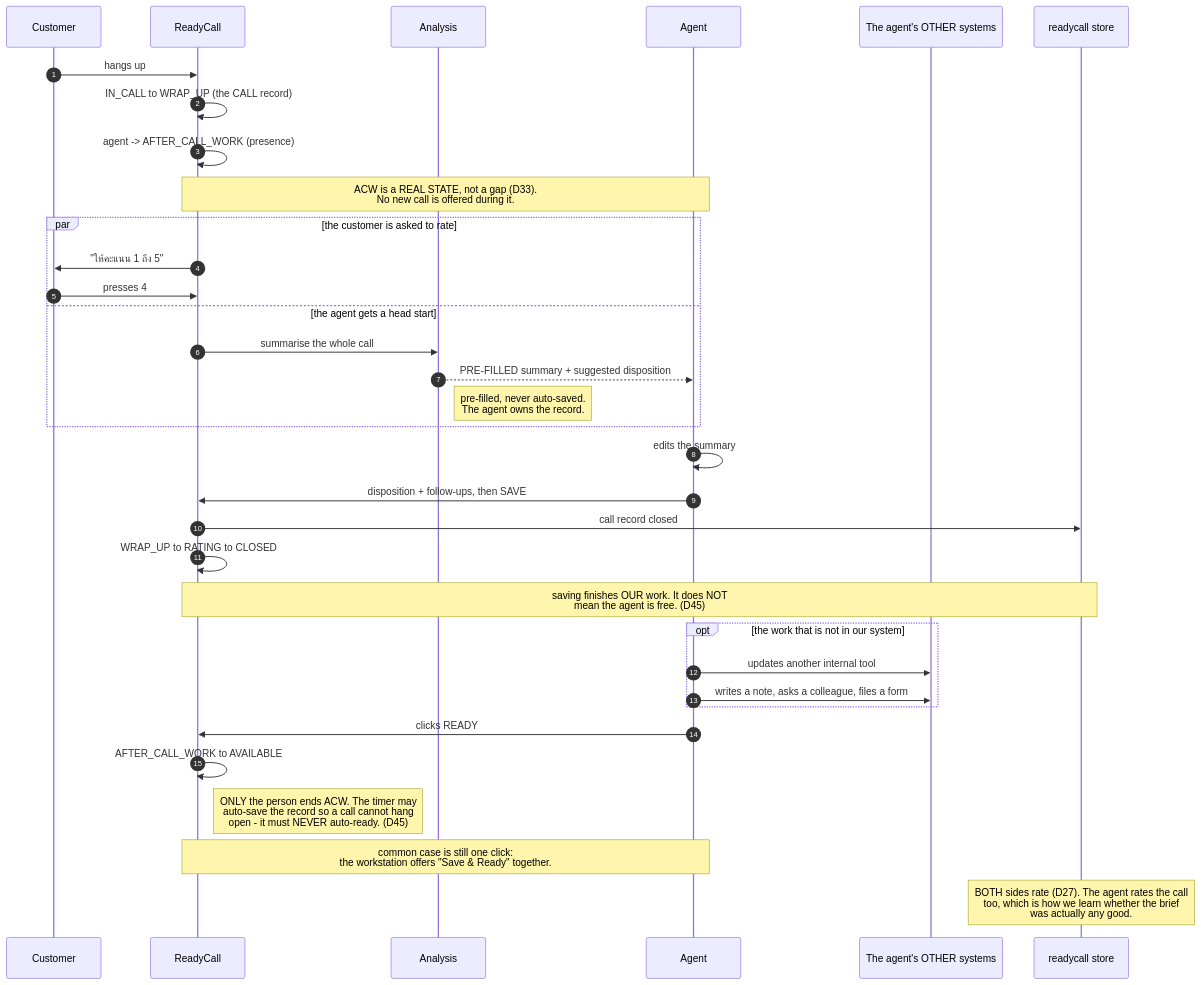
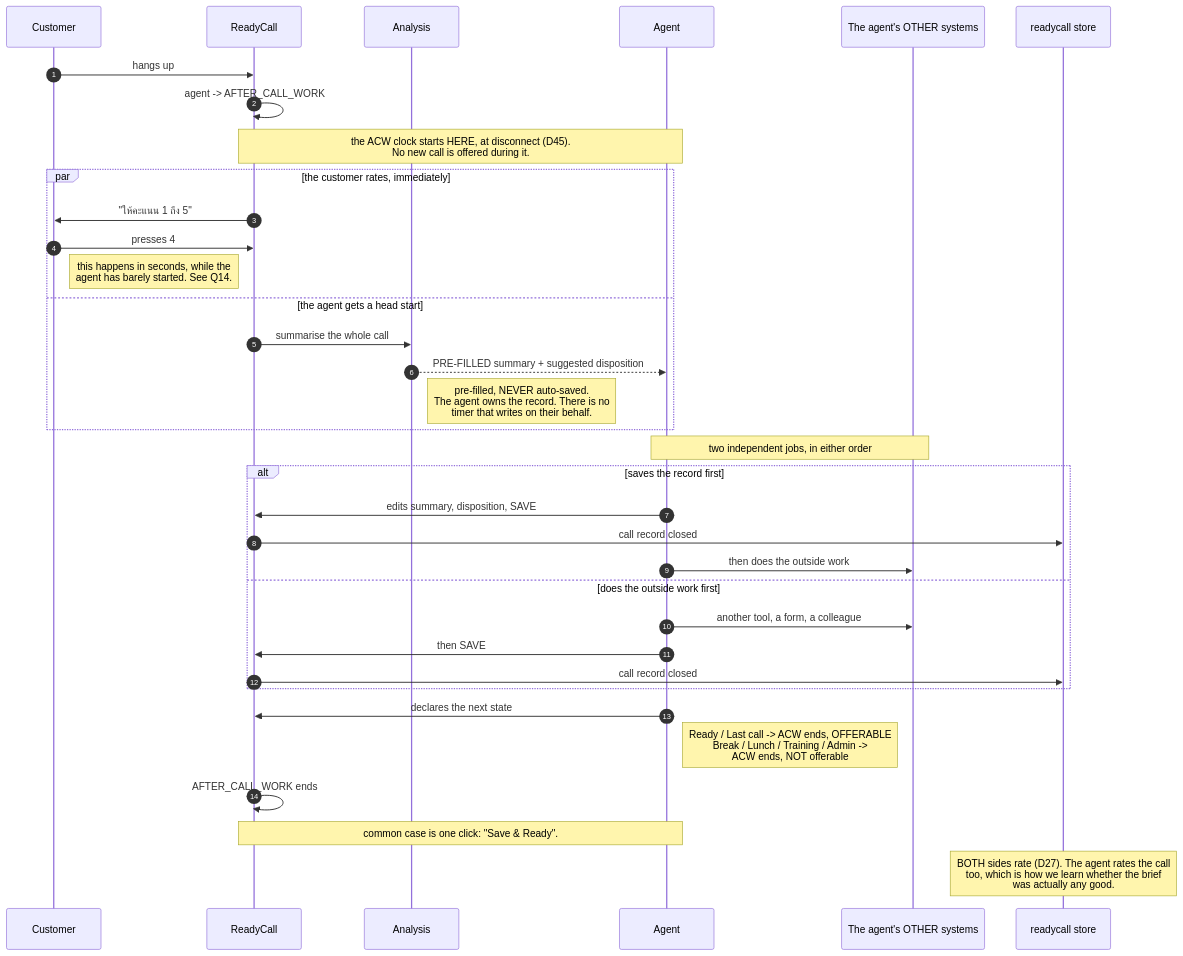
One commit to anakom-suvonvorn/Krungsri-ReadyCall changed the diagram in docs/diagrams/src/flow_wrapup.mmd. Above: the diagram before and after it, drawn with Mermaid. The commit also changed 8 other files, not shown here.

First line of the commit message:
acw: no auto-save, clock runs from disconnect, and any declared state ends ACW (D45 revised)

```diff
--- a/docs/diagrams/src/flow_wrapup.mmd
+++ b/docs/diagrams/src/flow_wrapup.mmd
@@ -1,42 +1,43 @@
-%% HANDWRITTEN. Checked against ARCHITECTURE.md S12 + D33 as amended by D45 + D27
+%% HANDWRITTEN. Checked against ARCHITECTURE.md S12 + D33 as amended by D45 (revised) + D27
 sequenceDiagram
     autonumber
     participant C as Customer
     participant SYS as ReadyCall
     participant AI as Analysis
     participant A as Agent
     participant OTHER as The agent's OTHER systems
     participant STORE as readycall store
 
     C->>SYS: hangs up
-    SYS->>SYS: IN_CALL to WRAP_UP (the CALL record)
-    SYS->>SYS: agent -> AFTER_CALL_WORK (presence)
-    Note over SYS,A: ACW is a REAL STATE, not a gap (D33).<br/>No new call is offered during it.
+    SYS->>SYS: agent -> AFTER_CALL_WORK
+    Note over SYS,A: the ACW clock starts HERE, at disconnect (D45).<br/>No new call is offered during it.
 
-    par the customer is asked to rate
+    par the customer rates, immediately
         SYS->>C: "ให้คะแนน 1 ถึง 5"
         C->>SYS: presses 4
+        Note right of C: this happens in seconds, while the<br/>agent has barely started. See Q14.
     and the agent gets a head start
         SYS->>AI: summarise the whole call
         AI-->>A: PRE-FILLED summary + suggested disposition
-        Note right of AI: pre-filled, never auto-saved.<br/>The agent owns the record.
+        Note right of AI: pre-filled, NEVER auto-saved.<br/>The agent owns the record. There is no<br/>timer that writes on their behalf.
     end
 
-    A->>A: edits the summary
-    A->>SYS: disposition + follow-ups, then SAVE
-    SYS->>STORE: call record closed
-    SYS->>SYS: WRAP_UP to RATING to CLOSED
-    Note over SYS,STORE: saving finishes OUR work. It does NOT<br/>mean the agent is free. (D45)
+    Note over A,OTHER: two independent jobs, in either order
 
-    opt the work that is not in our system
-        A->>OTHER: updates another internal tool
-        A->>OTHER: writes a note, asks a colleague, files a form
+    alt saves the record first
+        A->>SYS: edits summary, disposition, SAVE
+        SYS->>STORE: call record closed
+        A->>OTHER: then does the outside work
+    else does the outside work first
+        A->>OTHER: another tool, a form, a colleague
+        A->>SYS: then SAVE
+        SYS->>STORE: call record closed
     end
 
-    A->>SYS: clicks READY
-    SYS->>SYS: AFTER_CALL_WORK to AVAILABLE
-    Note right of SYS: ONLY the person ends ACW. The timer may<br/>auto-save the record so a call cannot hang<br/>open - it must NEVER auto-ready. (D45)
+    A->>SYS: declares the next state
+    Note right of A: Ready / Last call -> ACW ends, OFFERABLE<br/>Break / Lunch / Training / Admin -><br/>ACW ends, NOT offerable
+    SYS->>SYS: AFTER_CALL_WORK ends
 
-    Note over A,SYS: common case is still one click:<br/>the workstation offers "Save & Ready" together.
+    Note over A,SYS: common case is one click: "Save & Ready".
 
     Note over STORE: BOTH sides rate (D27). The agent rates the call<br/>too, which is how we learn whether the brief<br/>was actually any good.
```
